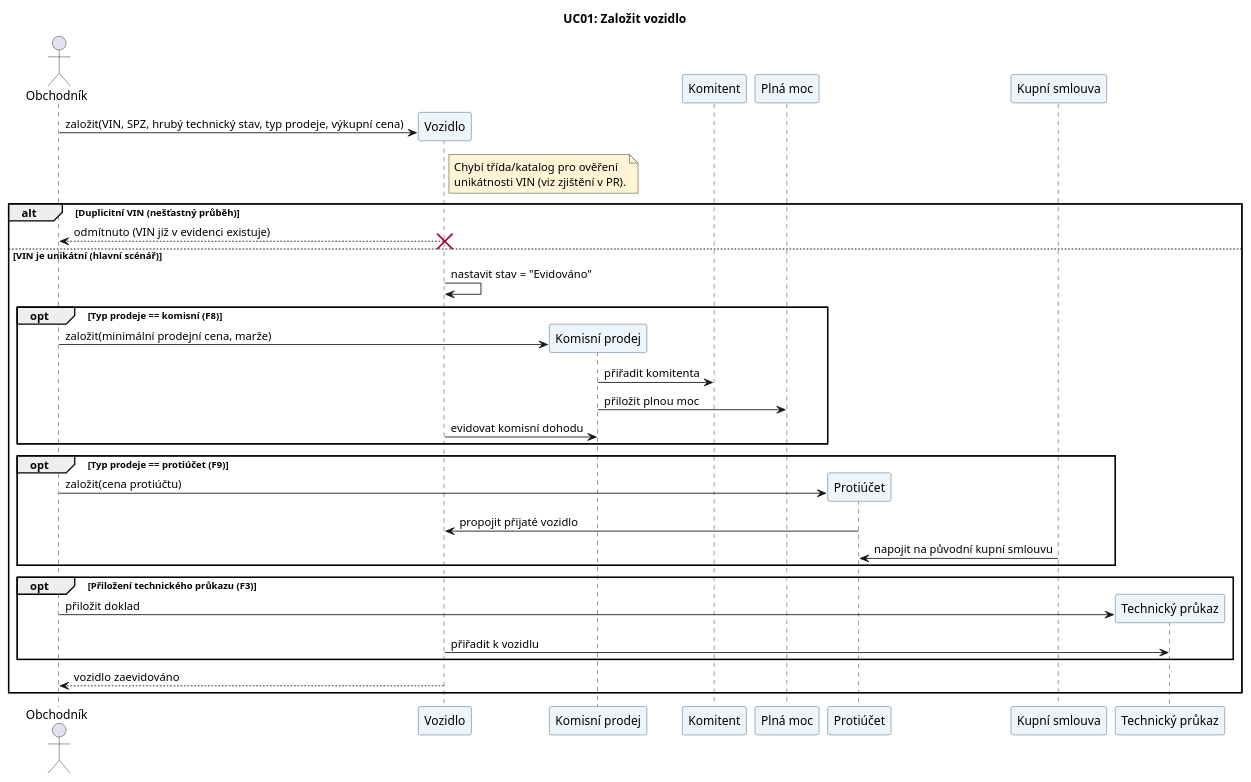
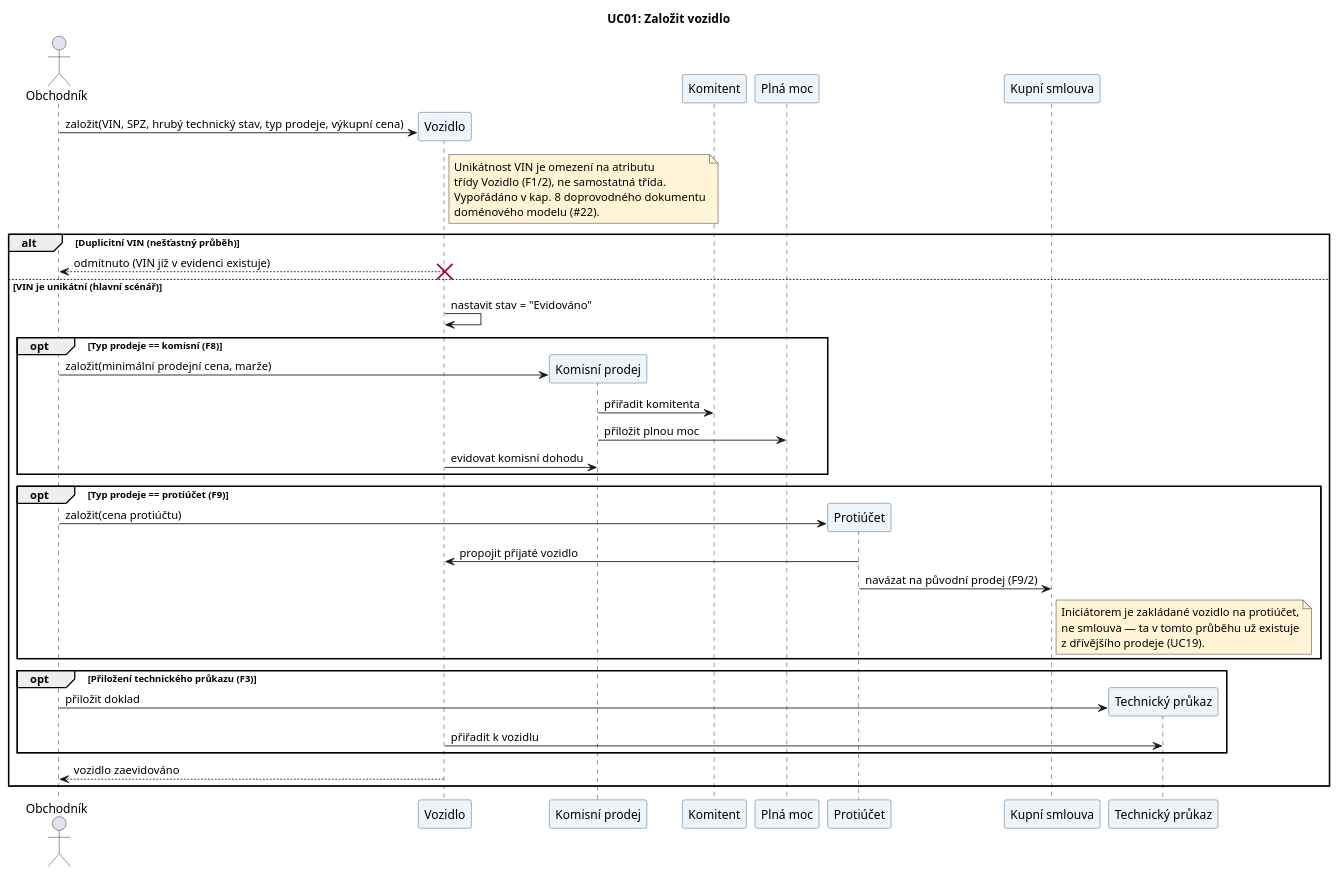
Before and after one commit to Svoby25/is_autobazar: the diagram in diagrams/seq-uc01-zalozit-vozidlo.puml, drawn with PlantUML. The commit also changed 4 other files, not shown here.

First line of the commit message:
Vypořádány nálezy ze sekvenčních diagramů (#22)

```diff
--- a/diagrams/seq-uc01-zalozit-vozidlo.puml
+++ b/diagrams/seq-uc01-zalozit-vozidlo.puml
@@ -1,53 +1,60 @@
 @startuml
-' v0.1 | 2026-11-19 | Návrh s pomocí AI; kontrola týmem čeká.
+' v0.2 | 2026-11-23 | Upřesněna poznámka k VIN a směr napojení protiúčtu (#22).
 ' Scénář: ../04-pripady-uziti/pripady-uziti.md — UC01 Založit vozidlo (F1, F2, F6, N9)
 ' Pozn.: UC01 není mezi klíčovými UC vybranými pro M1, samostatnou specifikaci nemá.
 title UC01: Založit vozidlo
 skinparam defaultFontName Arial
 skinparam shadowing false
 skinparam sequenceParticipantBackgroundColor #EDF4FA
 skinparam sequenceParticipantBorderColor #35536B
 skinparam NoteBackgroundColor #FFF5D6
 
 actor "Obchodník" as O
 participant "Vozidlo" as V
 participant "Komisní prodej" as K
 participant "Komitent" as KO
 participant "Plná moc" as PM
 participant "Protiúčet" as PR
 participant "Kupní smlouva" as S
 participant "Technický průkaz" as TP
 
 O -> V ** : založit(VIN, SPZ, hrubý technický stav, typ prodeje, výkupní cena)
 note right of V
-  Chybí třída/katalog pro ověření
-  unikátnosti VIN (viz zjištění v PR).
+  Unikátnost VIN je omezení na atributu
+  třídy Vozidlo (F1/2), ne samostatná třída.
+  Vypořádáno v kap. 8 doprovodného dokumentu
+  doménového modelu (#22).
 end note
 
 alt Duplicitní VIN (nešťastný průběh)
   V --> O : odmítnuto (VIN již v evidenci existuje)
   destroy V
 else VIN je unikátní (hlavní scénář)
   V -> V : nastavit stav = "Evidováno"
 
   opt Typ prodeje == komisní (F8)
     O -> K ** : založit(minimální prodejní cena, marže)
     K -> KO : přiřadit komitenta
     K -> PM : přiložit plnou moc
     V -> K : evidovat komisní dohodu
   end
 
   opt Typ prodeje == protiúčet (F9)
     O -> PR ** : založit(cena protiúčtu)
     PR -> V : propojit přijaté vozidlo
-    S -> PR : napojit na původní kupní smlouvu
+    PR -> S : navázat na původní prodej (F9/2)
+    note right of S
+      Iniciátorem je zakládané vozidlo na protiúčet,
+      ne smlouva — ta v tomto průběhu už existuje
+      z dřívějšího prodeje (UC19).
+    end note
   end
 
   opt Přiložení technického průkazu (F3)
     O -> TP ** : přiložit doklad
     V -> TP : přiřadit k vozidlu
   end
 
   V --> O : vozidlo zaevidováno
 end
 @enduml
```
